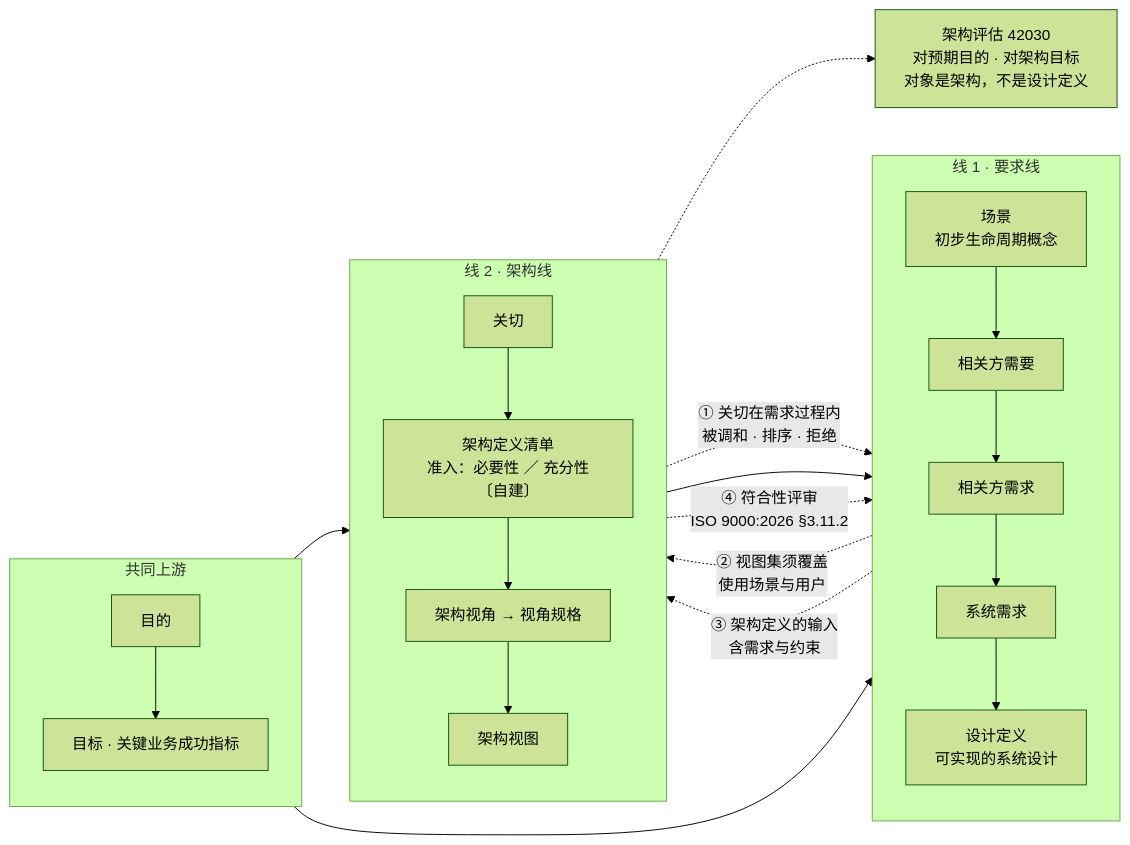
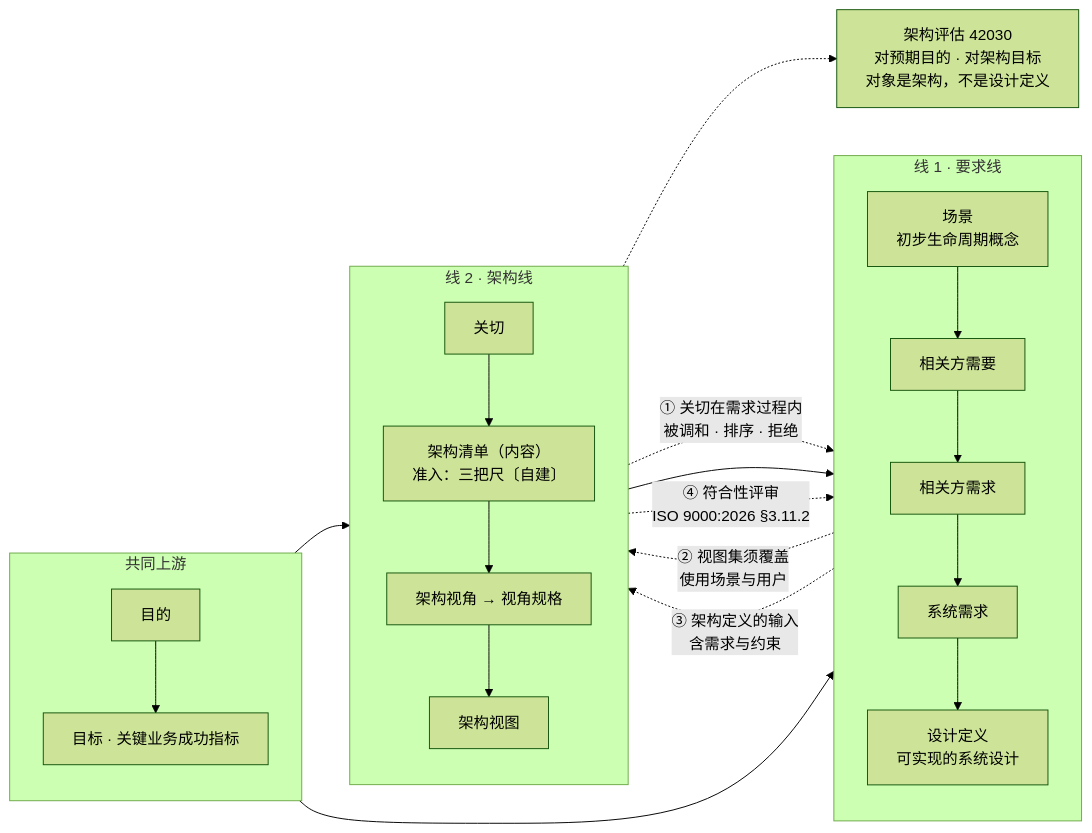
One commit to Yongjunzhou/business-Engineering changed the second of 2 diagrams in 10-系统工程研究/00-系统工程相关研究报告/34-架构与设计过程模型研究报告-从术语定义到双线过程.md. Above: the diagram before and after it, drawn with Mermaid (forest theme). The commit also changed other lines of this file and 30 other files, not shown here.

````diff
--- a/10-系统工程研究/00-系统工程相关研究报告/34-架构与设计过程模型研究报告-从术语定义到双线过程.md
+++ b/10-系统工程研究/00-系统工程相关研究报告/34-架构与设计过程模型研究报告-从术语定义到双线过程.md
@@ -480,40 +483,40 @@
 ```mermaid
 flowchart LR
   subgraph UP["共同上游"]
     direction TB
     P1["目的"]
     P2["目标 · 关键业务成功指标"]
     P1 --> P2
   end
 
   subgraph L1["线 1 · 要求线"]
     direction TB
     A1["场景<br/>初步生命周期概念"]
     A2["相关方需要"]
     A3["相关方需求"]
     A4["系统需求"]
     A5["设计定义<br/>可实现的系统设计"]
     A1 --> A2 --> A3 --> A4 --> A5
   end
 
   subgraph L2["线 2 · 架构线"]
     direction TB
     B1["关切"]
-    B2["架构定义清单<br/>准入：必要性 ／ 充分性〔自建〕"]
+    B2["架构清单（内容）<br/>准入：三把尺〔自建〕"]
     B3["架构视角 → 视角规格"]
     B4["架构视图"]
     B1 --> B2 --> B3 --> B4
   end
 
   P2 --> A1
   P2 --> B1
 
   B1 -. "① 关切在需求过程内<br/>被调和 · 排序 · 拒绝" .-> A3
   A1 -. "② 视图集须覆盖<br/>使用场景与用户" .-> B4
   A4 -. "③ 架构定义的输入<br/>含需求与约束" .-> B2
   B2 --> A5
   B4 -. "④ 符合性评审<br/>ISO 9000:2026 §3.11.2" .-> A5
 
   J4["架构评估 42030<br/>对预期目的 · 对架构目标<br/>对象是架构，不是设计定义"]
   B2 -.-> J4
 ```
````
